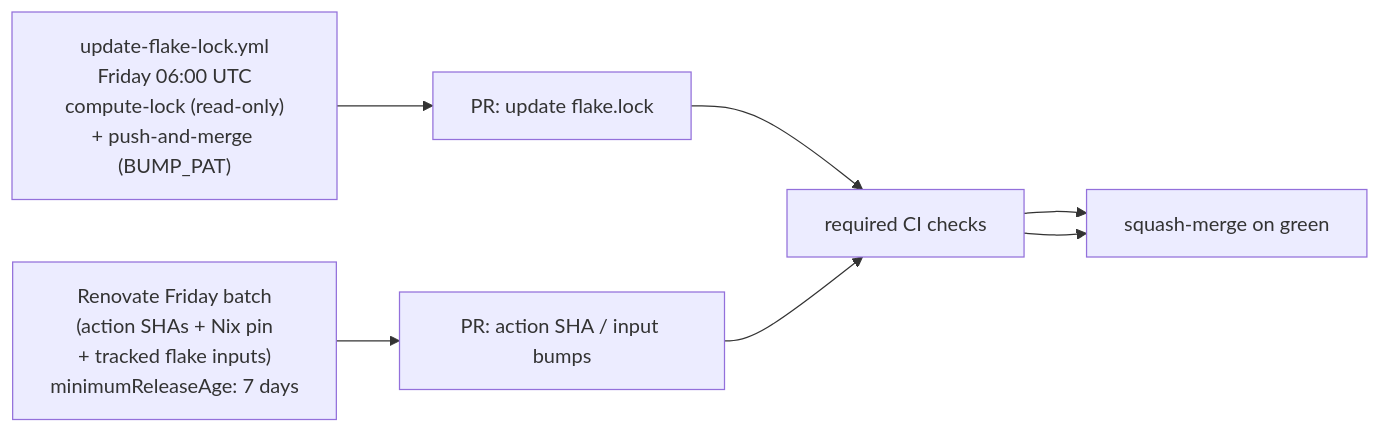
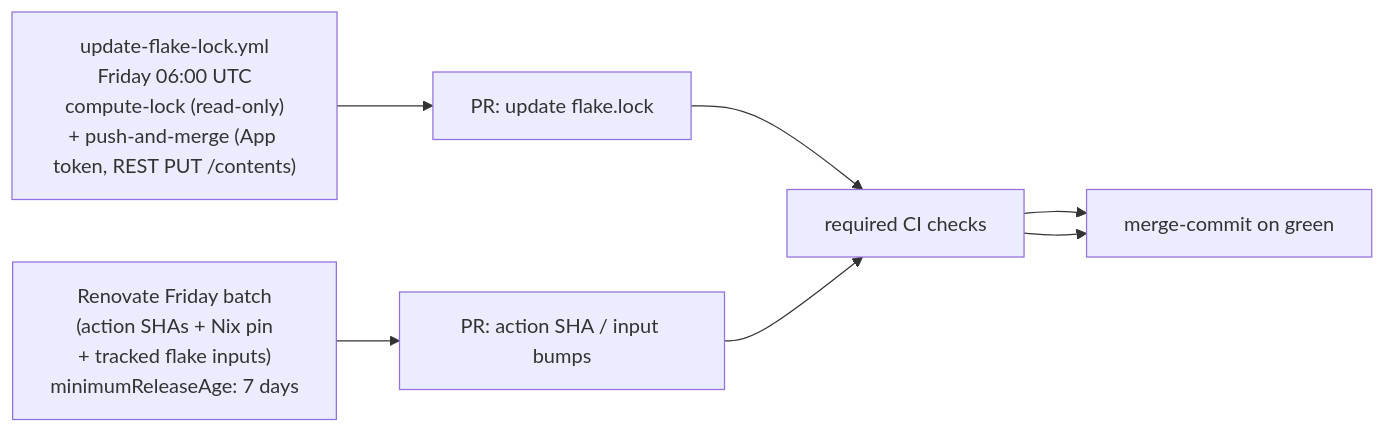
One commit to rvenutolo/linPEAS-flake changed the third of 3 diagrams in docs/architecture/auto-update.md. Above: the diagram before and after it, drawn with Mermaid. The commit also changed other lines of this file and 5 other files, not shown here.

First line of the commit message:
docs: reflect merge-commit posture + App-signed bot commits

````diff
--- a/docs/architecture/auto-update.md
+++ b/docs/architecture/auto-update.md
@@ -48,12 +48,12 @@
 ```mermaid
 flowchart LR
-  flakelock["update-flake-lock.yml<br/>Friday 06:00 UTC<br/>compute-lock (read-only)<br/>+ push-and-merge (BUMP_PAT)"]
+  flakelock["update-flake-lock.yml<br/>Friday 06:00 UTC<br/>compute-lock (read-only)<br/>+ push-and-merge (App token, REST PUT /contents)"]
   renovate["Renovate Friday batch<br/>(action SHAs + Nix pin<br/>+ tracked flake inputs)<br/>minimumReleaseAge: 7 days"]
   pr1["PR: update flake.lock"]
   pr2["PR: action SHA / input bumps"]
   ci["required CI checks"]
-  merge["squash-merge on green"]
+  merge["merge-commit on green"]
 
   flakelock --> pr1 --> ci --> merge
   renovate --> pr2 --> ci --> merge
 ```
````
